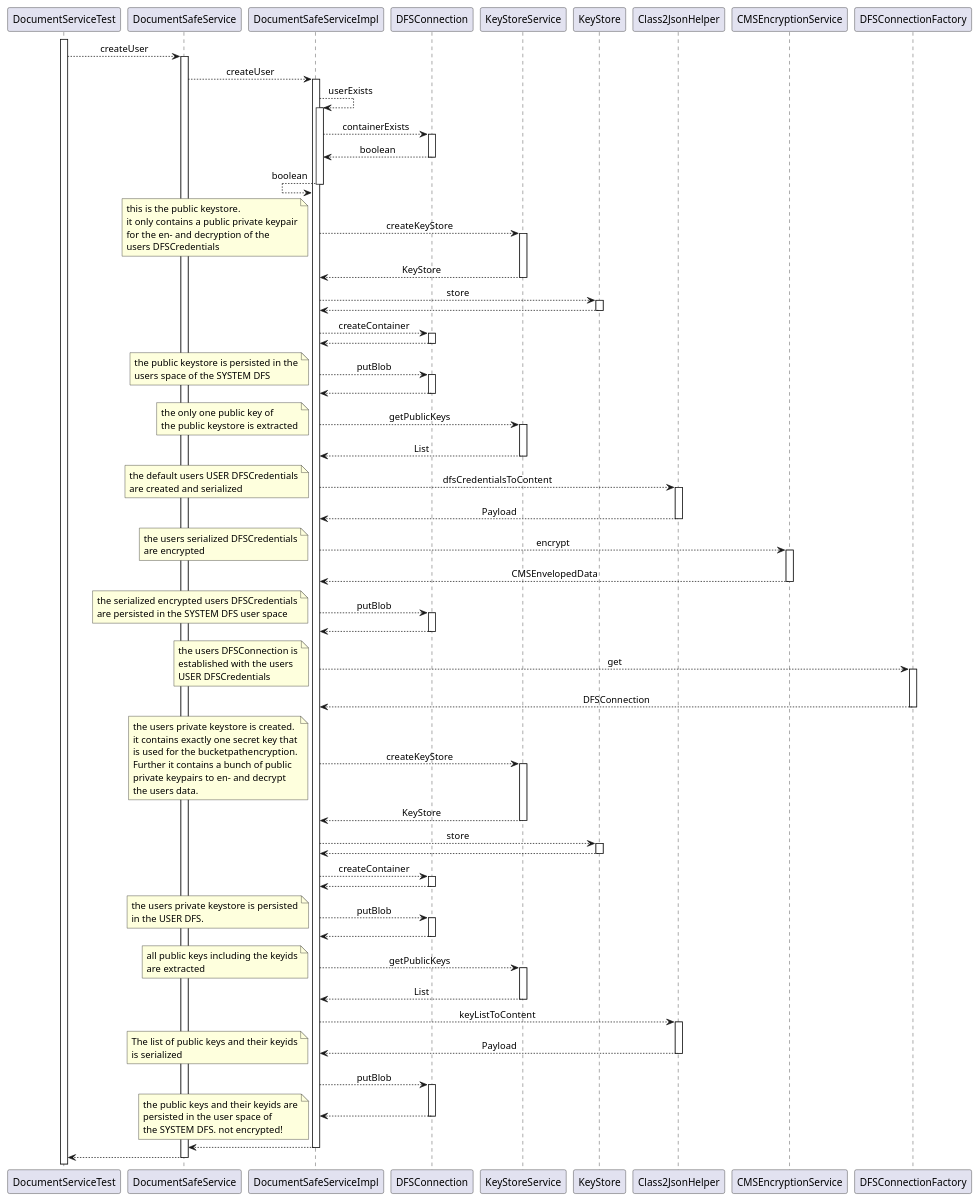
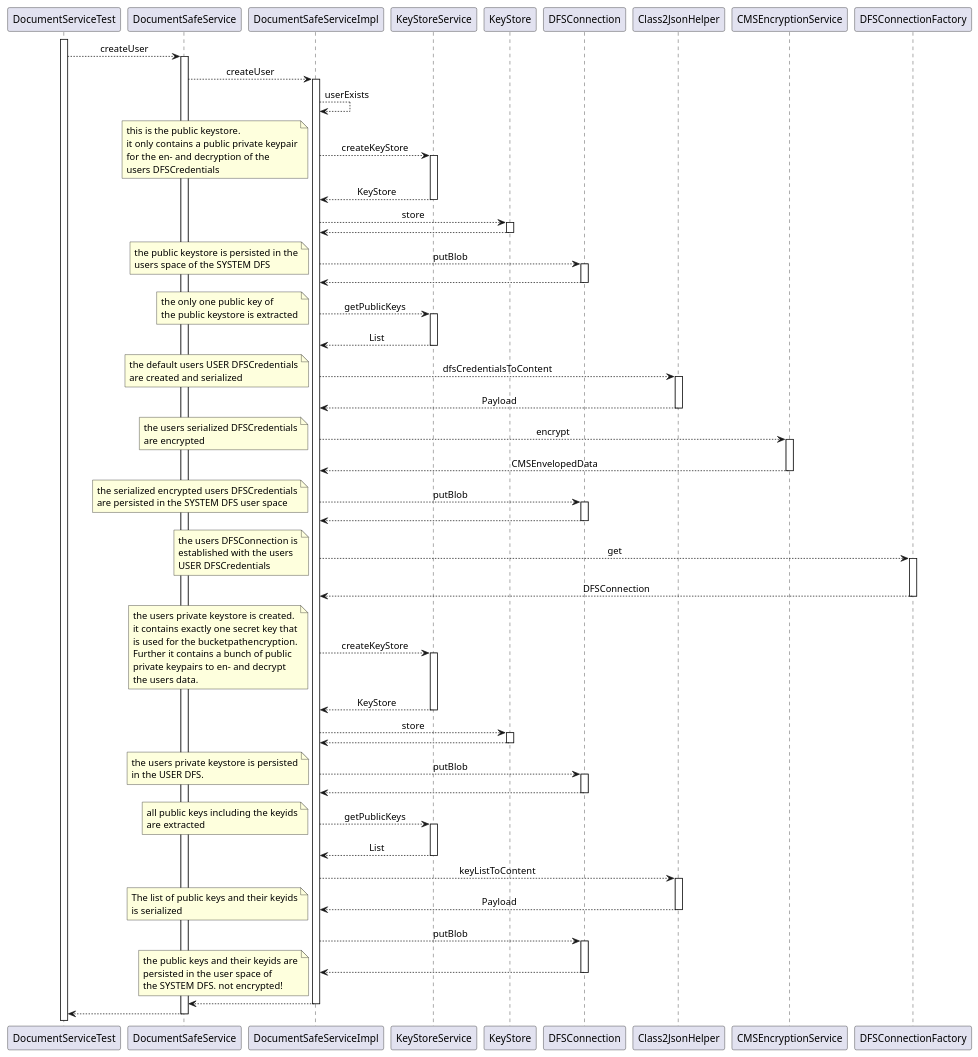
Before and after one commit to adorsys/docusafe: the diagram in .docs/mdfs-create-user.puml, drawn with PlantUML. The commit also changed 1 other file, not shown here.

```diff
--- a/.docs/mdfs-create-user.puml
+++ b/.docs/mdfs-create-user.puml
@@ -13,19 +13,6 @@
 activate DocumentSafeServiceImpl
 ' DocumentSafeServiceImpl
 DocumentSafeServiceImpl --> DocumentSafeServiceImpl : userExists
-
-activate DocumentSafeServiceImpl
-' DocumentSafeServiceImpl
-DocumentSafeServiceImpl --> DFSConnection : containerExists
-
-activate DFSConnection
-' de.adorsys.dfs.connection.api.service.api.DFSConnection
-DocumentSafeServiceImpl <-- DFSConnection : boolean
-deactivate DFSConnection
-
-' DocumentSafeServiceImpl
-DocumentSafeServiceImpl <-- DocumentSafeServiceImpl : boolean
-deactivate DocumentSafeServiceImpl
 
 ' DocumentSafeServiceImpl
 DocumentSafeServiceImpl --> KeyStoreService : createKeyStore
@@ -49,13 +36,6 @@
 DocumentSafeServiceImpl <-- KeyStore :  
 deactivate KeyStore
 
-' DocumentSafeServiceImpl
-DocumentSafeServiceImpl --> DFSConnection : createContainer
-
-activate DFSConnection
-' de.adorsys.dfs.connection.api.service.api.DFSConnection
-DocumentSafeServiceImpl <-- DFSConnection :  
-deactivate DFSConnection
 
 ' DocumentSafeServiceImpl
 DocumentSafeServiceImpl --> DFSConnection : putBlob
@@ -151,13 +131,6 @@
 DocumentSafeServiceImpl <-- KeyStore :  
 deactivate KeyStore
 
-' DocumentSafeServiceImpl
-DocumentSafeServiceImpl --> DFSConnection : createContainer
-
-activate DFSConnection
-' de.adorsys.dfs.connection.api.service.api.DFSConnection
-DocumentSafeServiceImpl <-- DFSConnection :  
-deactivate DFSConnection
 
 ' DocumentSafeServiceImpl
 DocumentSafeServiceImpl --> DFSConnection : putBlob
```
